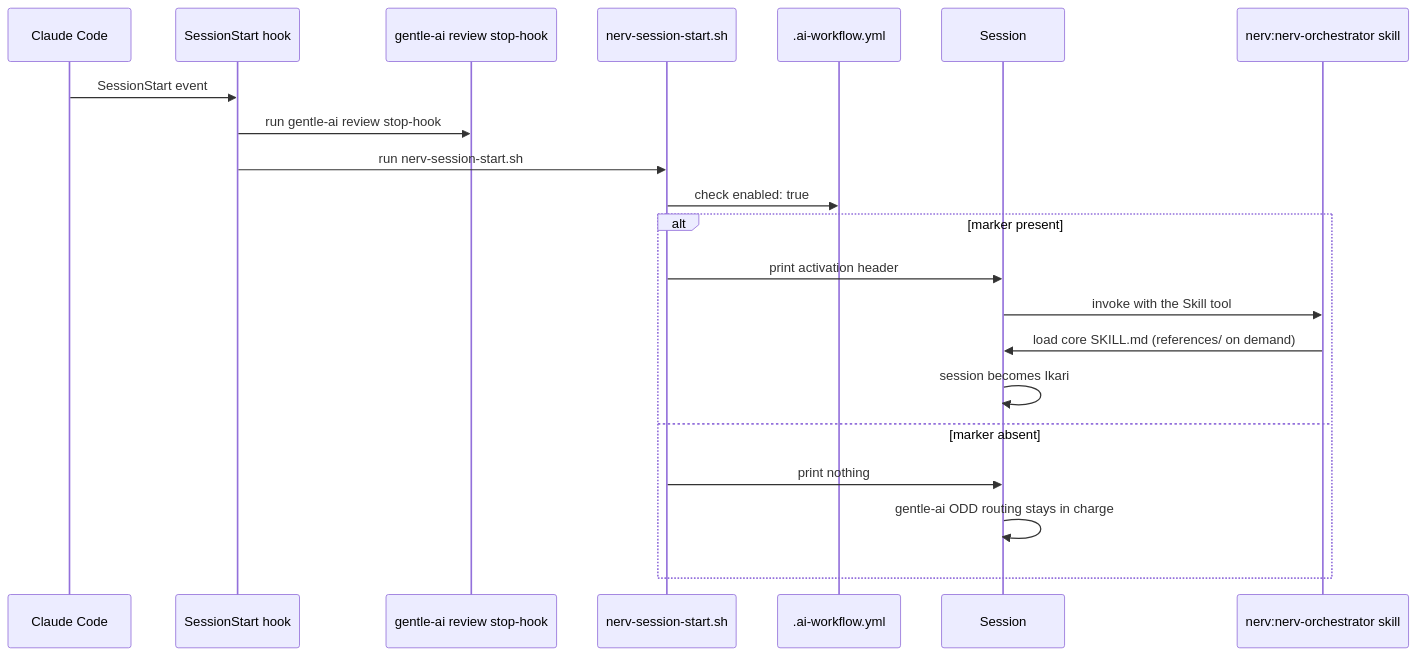
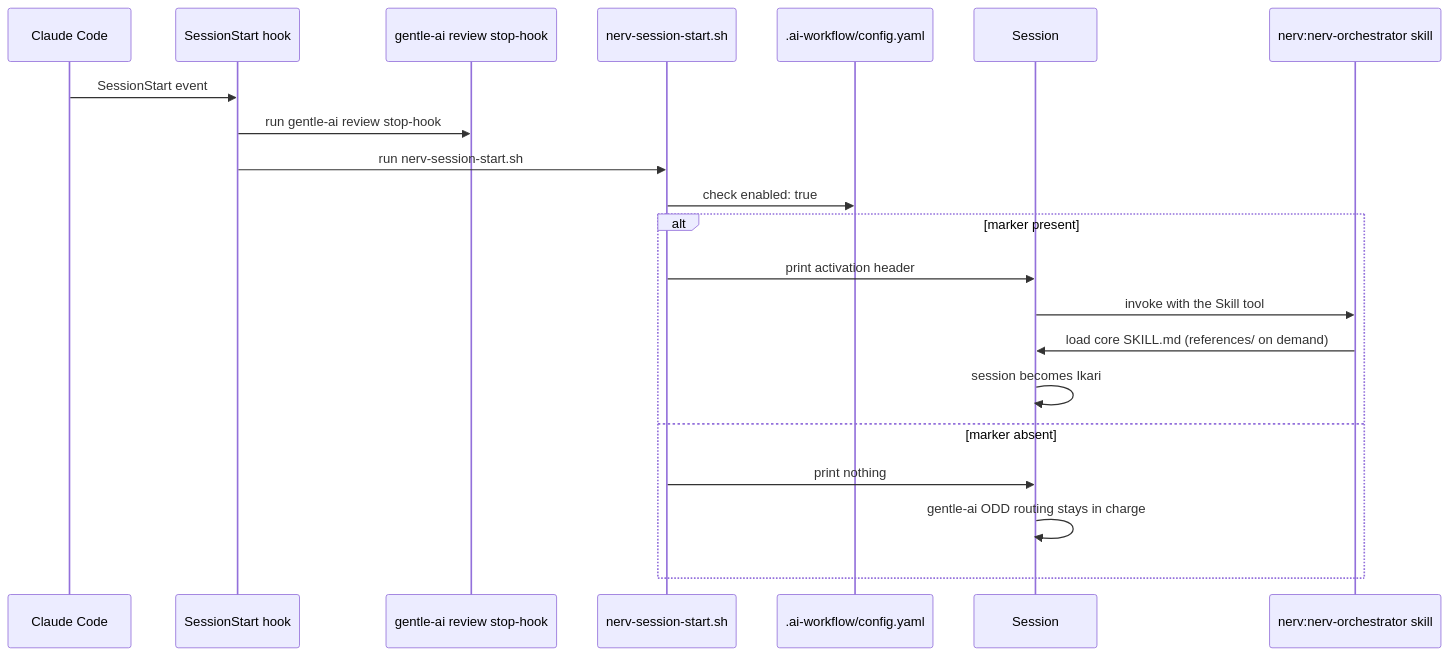
Before and after one commit to war-apps/nerv-by-gentle-ai: the second of 7 diagrams in docs/integration.md, drawn with Mermaid. The commit also changed other lines of this file and 98 other files, not shown here.

First line of the commit message:
feat(config)!: move the project config into .ai-workflow/ with project providers

````diff
--- a/docs/integration.md
+++ b/docs/integration.md
@@ -53,24 +53,24 @@
 ```mermaid
 sequenceDiagram
     participant CC as Claude Code
     participant Hook as SessionStart hook
     participant GA as gentle-ai review stop-hook
     participant NS as nerv-session-start.sh
-    participant Cfg as .ai-workflow.yml
+    participant Cfg as .ai-workflow/config.yaml
     participant Sess as Session
     participant Skill as nerv:nerv-orchestrator skill
 
     CC->>Hook: SessionStart event
     Hook->>GA: run gentle-ai review stop-hook
     Hook->>NS: run nerv-session-start.sh
     NS->>Cfg: check enabled: true
     alt marker present
         NS->>Sess: print activation header
         Sess->>Skill: invoke with the Skill tool
         Skill->>Sess: load core SKILL.md (references/ on demand)
         Sess->>Sess: session becomes Ikari
     else marker absent
         NS->>Sess: print nothing
         Sess->>Sess: gentle-ai ODD routing stays in charge
     end
 ```
````
